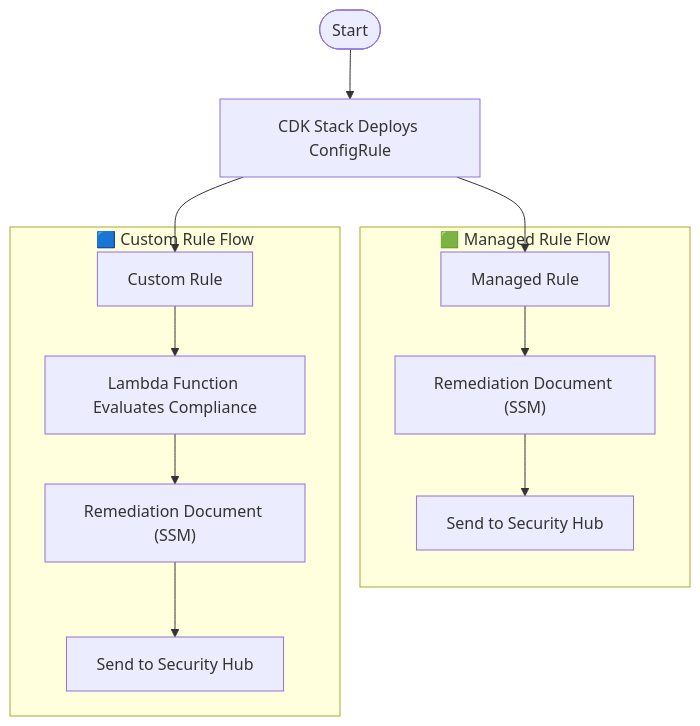
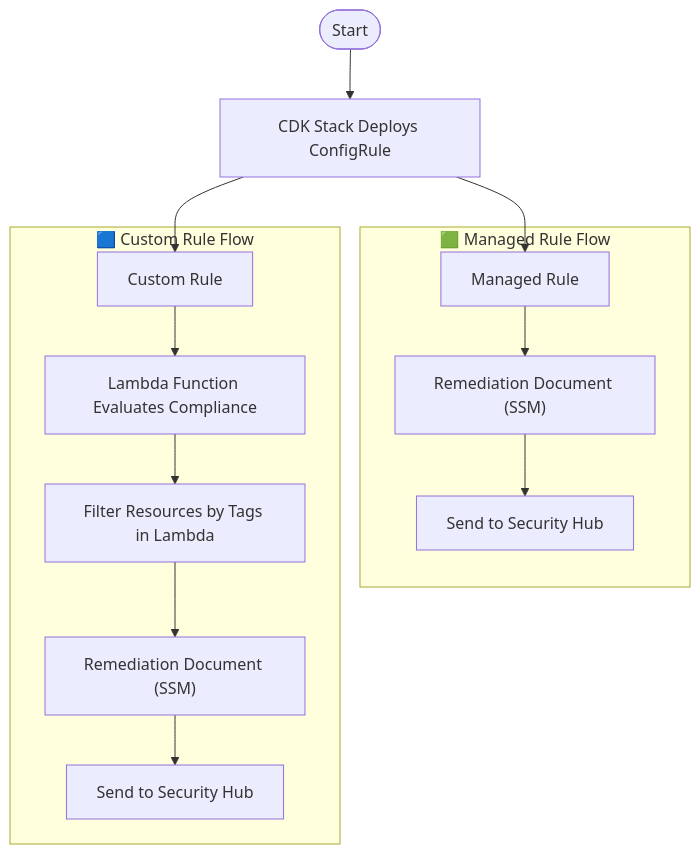
One commit to vchinnap/vchinnap-discussions changed the second of 2 diagrams in src/config/config-flow.md. Above: the diagram before and after it, drawn with Mermaid. The commit also changed other lines of this file, not shown here.

````diff
--- a/src/config/config-flow.md
+++ b/src/config/config-flow.md
@@ -18,18 +18,19 @@
 ```mermaid
 flowchart TD
     A([Start]) --> B["CDK Stack Deploys ConfigRule"]
 
     B --> C["Managed Rule"]
     B --> D["Custom Rule"]
 
     subgraph ManagedPath ["🟩 Managed Rule Flow"]
         C --> E["Remediation Document (SSM)"]
         E --> F["Send to Security Hub"]
     end
 
     subgraph CustomPath ["🟦 Custom Rule Flow"]
         D --> G["Lambda Function Evaluates Compliance"]
-        G --> H["Remediation Document (SSM)"]
+        G --> G1["Filter Resources by Tags in Lambda"]
+        G1 --> H["Remediation Document (SSM)"]
         H --> I["Send to Security Hub"]
     end
 ```
````
